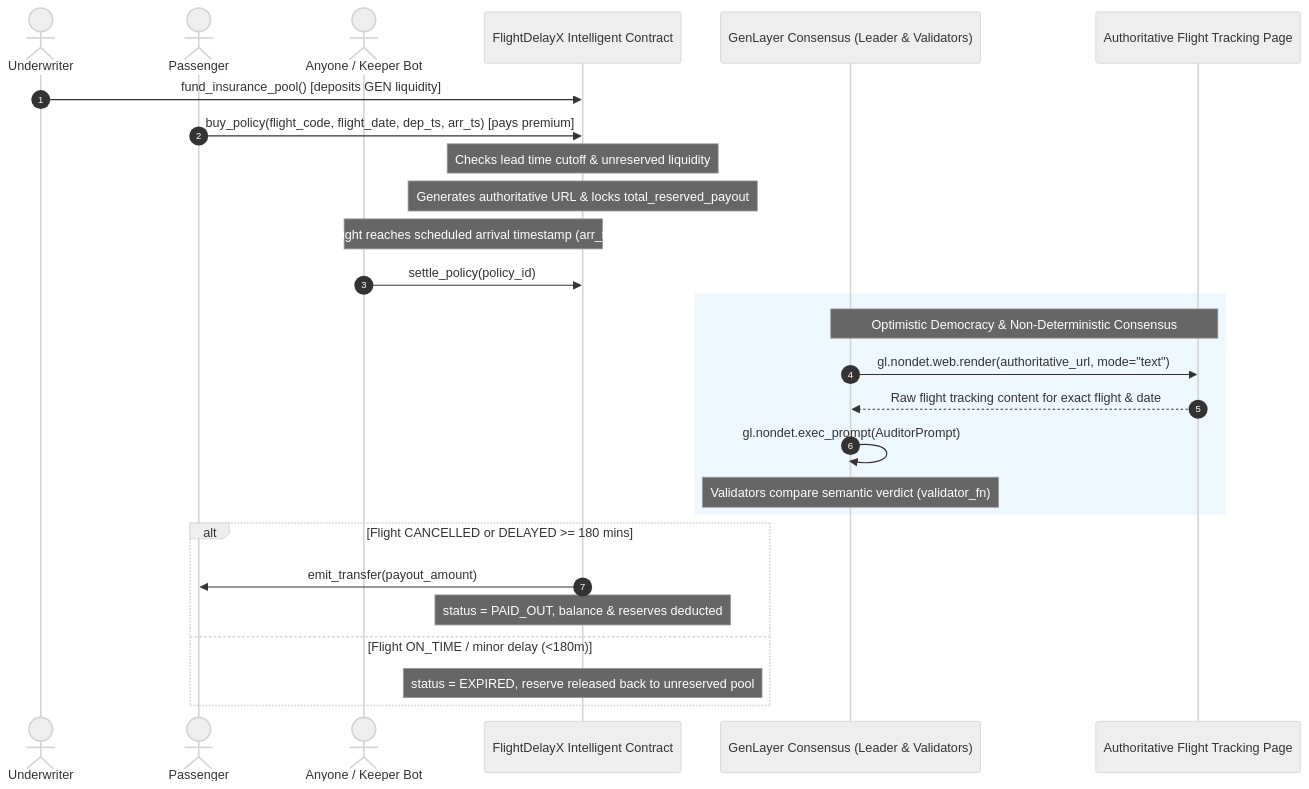
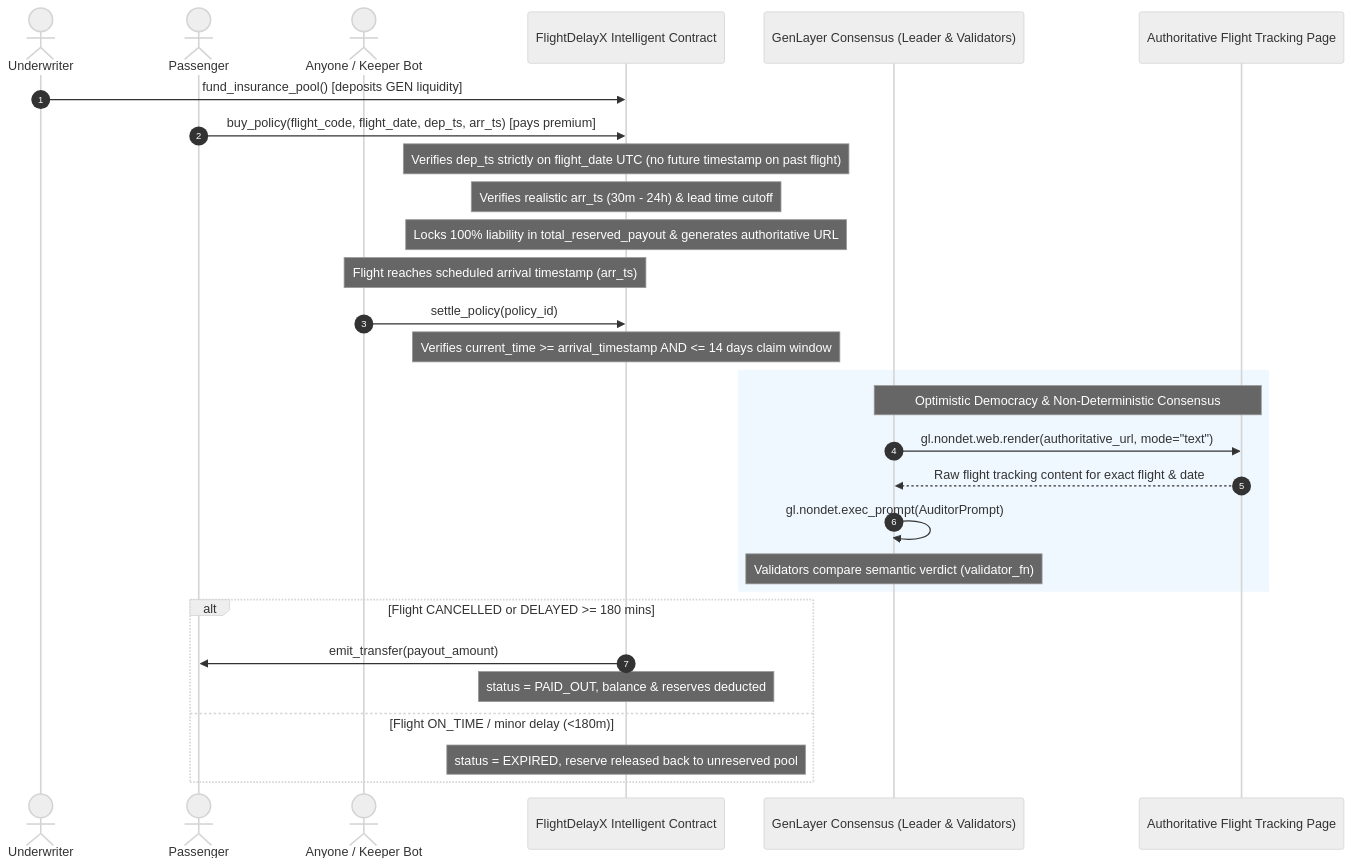
One commit to tuannguyen1995/flight-delay-x changed the diagram in README.md. Above: the diagram before and after it, drawn with Mermaid (neutral theme). The commit also changed other lines of this file and 4 other files, not shown here.

Commit message:
feat: strictly verify timestamps against flight_date and enforce settlement claim window

````diff
--- a/README.md
+++ b/README.md
@@ -124,33 +132,35 @@
 ```mermaid
 sequenceDiagram
     autonumber
     actor Underwriter
     actor Passenger
     actor Bot as Anyone / Keeper Bot
     participant Contract as FlightDelayX Intelligent Contract
     participant GenVM as GenLayer Consensus (Leader & Validators)
     participant Web as Authoritative Flight Tracking Page
 
     Underwriter->>Contract: fund_insurance_pool() [deposits GEN liquidity]
     Passenger->>Contract: buy_policy(flight_code, flight_date, dep_ts, arr_ts) [pays premium]
-    Note over Contract: Checks lead time cutoff & unreserved liquidity
-    Note over Contract: Generates authoritative URL & locks total_reserved_payout
+    Note over Contract: Verifies dep_ts strictly on flight_date UTC (no future timestamp on past flight)
+    Note over Contract: Verifies realistic arr_ts (30m - 24h) & lead time cutoff
+    Note over Contract: Locks 100% liability in total_reserved_payout & generates authoritative URL
 
     Note over Bot,Contract: Flight reaches scheduled arrival timestamp (arr_ts)
     Bot->>Contract: settle_policy(policy_id)
+    Note over Contract: Verifies current_time >= arrival_timestamp AND <= 14 days claim window
 
     rect rgb(240, 248, 255)
     Note over GenVM,Web: Optimistic Democracy & Non-Deterministic Consensus
     GenVM->>Web: gl.nondet.web.render(authoritative_url, mode="text")
     Web-->>GenVM: Raw flight tracking content for exact flight & date
     GenVM->>GenVM: gl.nondet.exec_prompt(AuditorPrompt)
     Note over GenVM: Validators compare semantic verdict (validator_fn)
     end
 
     alt Flight CANCELLED or DELAYED >= 180 mins
         Contract->>Passenger: emit_transfer(payout_amount)
         Note over Contract: status = PAID_OUT, balance & reserves deducted
     else Flight ON_TIME / minor delay (<180m)
         Note over Contract: status = EXPIRED, reserve released back to unreserved pool
     end
 ```
````
